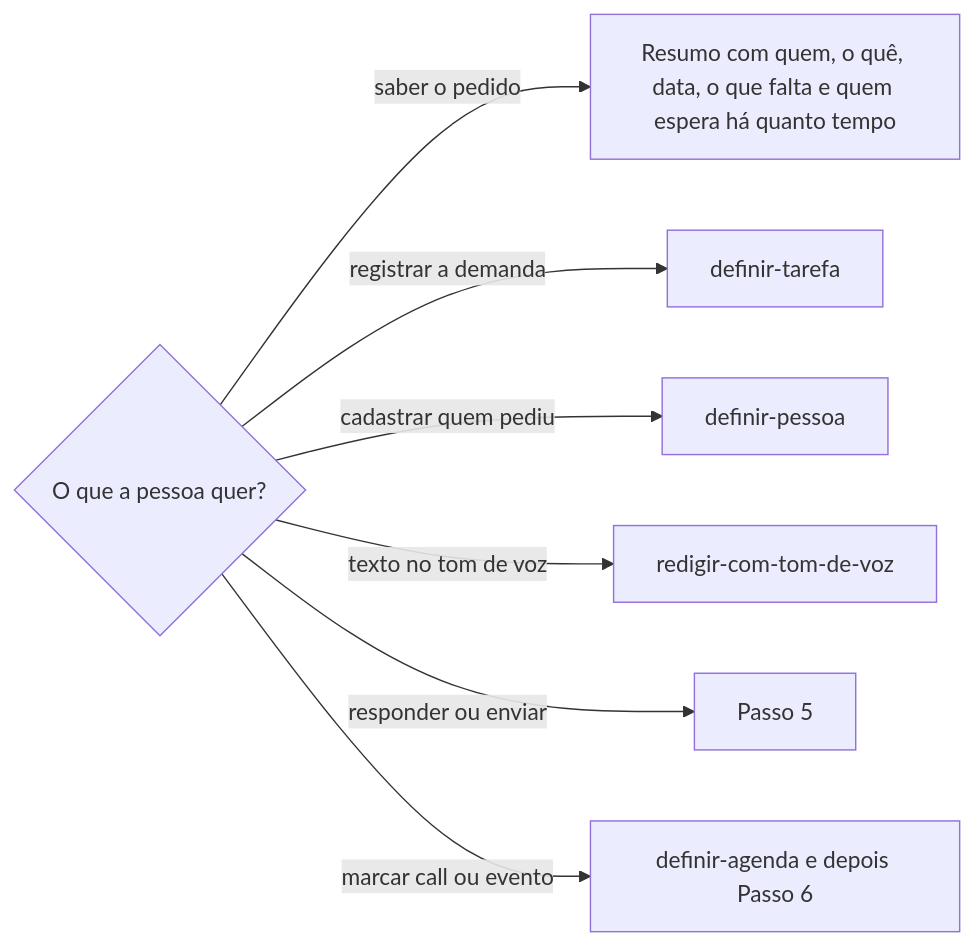
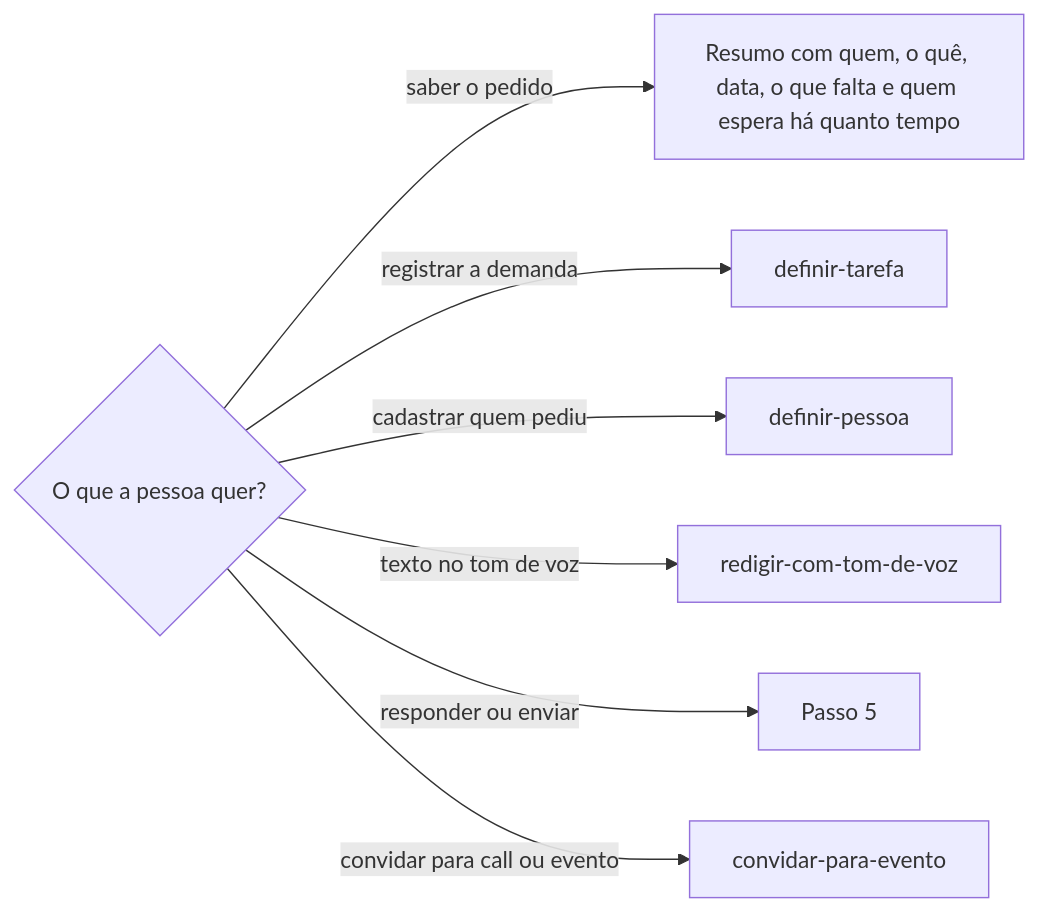
One commit to jimmyandrade/harness changed the diagram in .agents/skills/conversar-no-whatsapp/SKILL.md. Above: the diagram before and after it, drawn with Mermaid. The commit also changed other lines of this file and 6 other files, not shown here.

First line of the commit message:
feat(convidar-para-evento): invite a person or a group to an event from the agenda event (#970)

````diff
--- a/.agents/skills/conversar-no-whatsapp/SKILL.md
+++ b/.agents/skills/conversar-no-whatsapp/SKILL.md
@@ -83,9 +83,9 @@
 ```mermaid
 flowchart LR
   Q{O que a pessoa quer?} -->|saber o pedido| R[Resumo com quem, o quê, data, o que falta e quem espera há quanto tempo]
   Q -->|registrar a demanda| T[definir-tarefa]
   Q -->|cadastrar quem pediu| P[definir-pessoa]
   Q -->|texto no tom de voz| V[redigir-com-tom-de-voz]
   Q -->|responder ou enviar| E[Passo 5]
-  Q -->|marcar call ou evento| A[definir-agenda e depois Passo 6]
+  Q -->|convidar para call ou evento| A[convidar-para-evento]
 ```
````
